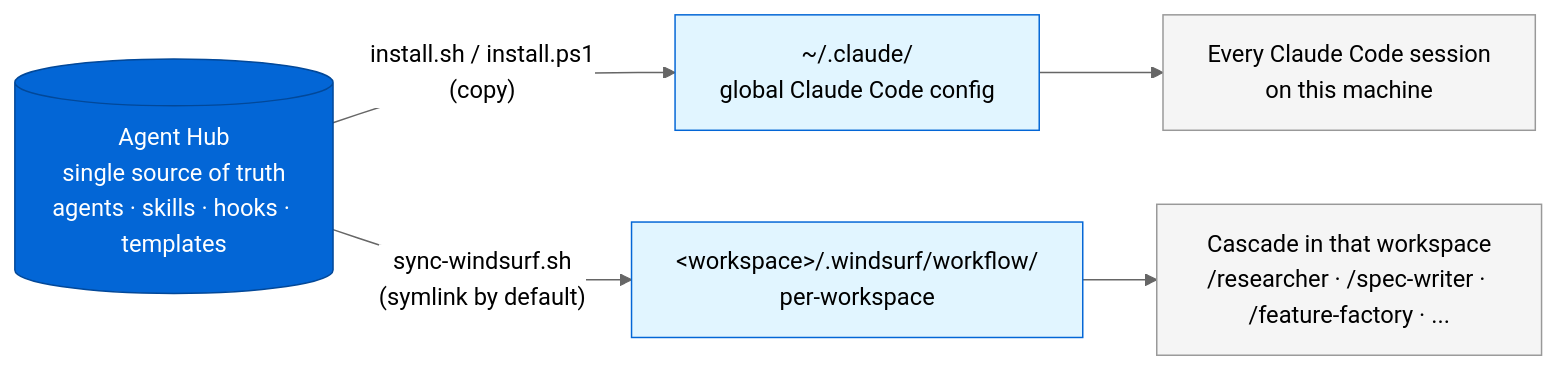
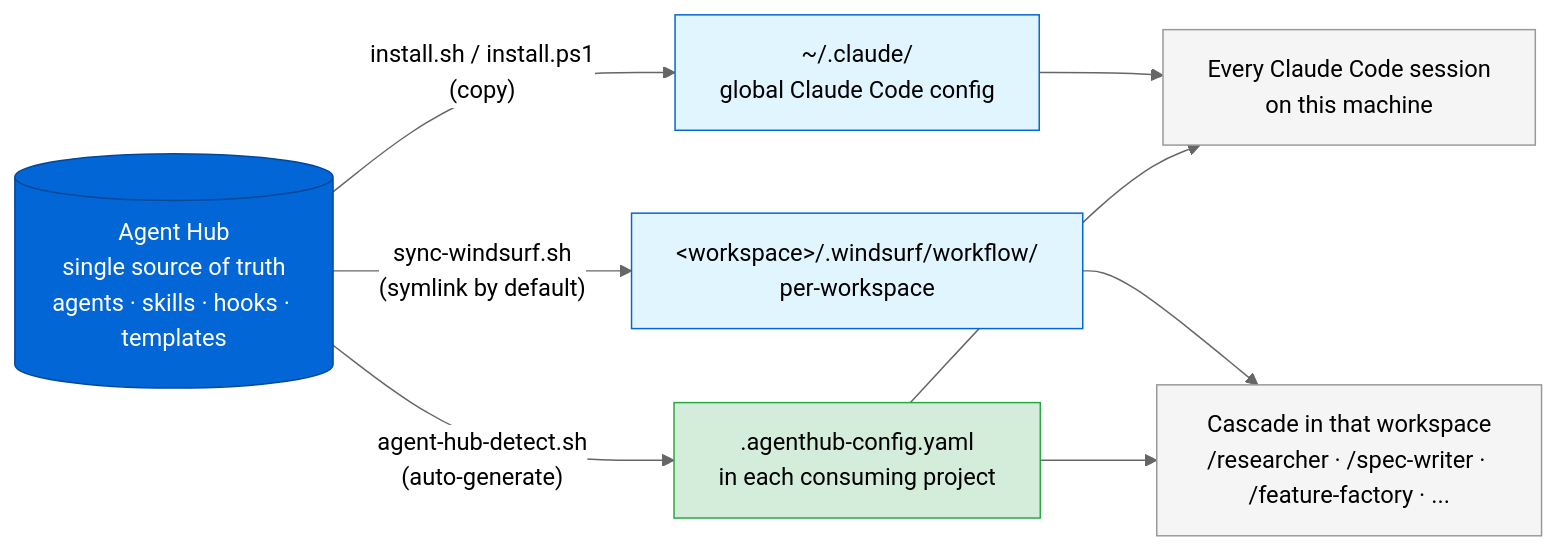
The diagram in diagrams/02-distribution.md (kpassoubady/agent-hub), drawn with Mermaid (neutral theme) before and after one commit. The commit also changed other lines of this file and 14 other files, not shown here.

First line of the commit message:
v0.2: auto-detect projects, project-shape skip logic, escalating retry context (#1)

````diff
--- a/diagrams/02-distribution.md
+++ b/diagrams/02-distribution.md
@@ -5,16 +7,20 @@
 ```mermaid
 flowchart LR
     Hub[(Agent Hub<br/>single source of truth<br/>agents · skills · hooks · templates)]
 
     Hub -->|"install.sh / install.ps1<br/>(copy)"| ClaudeHome["~/.claude/<br/>global Claude Code config"]
     Hub -->|"sync-windsurf.sh<br/>(symlink by default)"| WSWorkspace["&lt;workspace&gt;/.windsurf/workflow/<br/>per-workspace"]
+    Hub -->|"agent-hub-detect.sh<br/>(auto-generate)"| Config[".agenthub-config.yaml<br/>in each consuming project"]
 
     ClaudeHome --> AllClaudeSessions["Every Claude Code session<br/>on this machine"]
     WSWorkspace --> Cascade["Cascade in that workspace<br/>/researcher · /spec-writer · /feature-factory · ..."]
+    Config --> AllClaudeSessions
+    Config --> Cascade
 
     style Hub fill:#0366d6,stroke:#024899,color:#fff
     style ClaudeHome fill:#e1f5ff,stroke:#0366d6,color:#000
     style WSWorkspace fill:#e1f5ff,stroke:#0366d6,color:#000
+    style Config fill:#d4edda,stroke:#28a745,color:#000
     style AllClaudeSessions fill:#f5f5f5,stroke:#999,color:#000
     style Cascade fill:#f5f5f5,stroke:#999,color:#000
 ```
````
